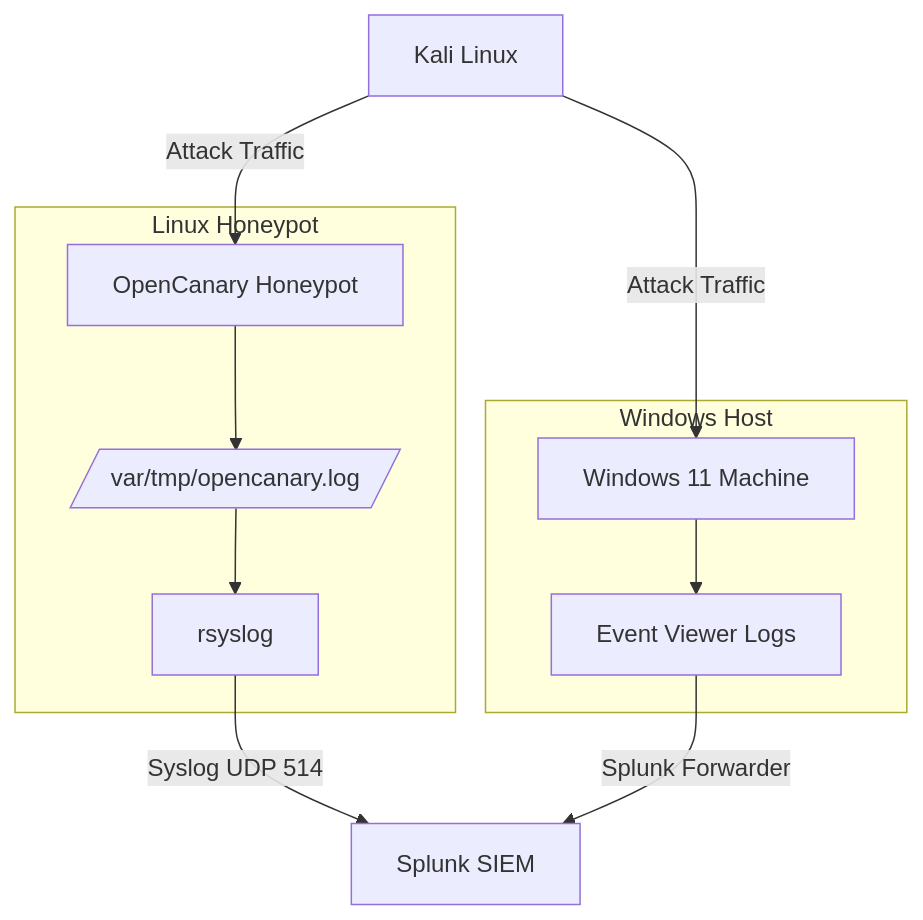
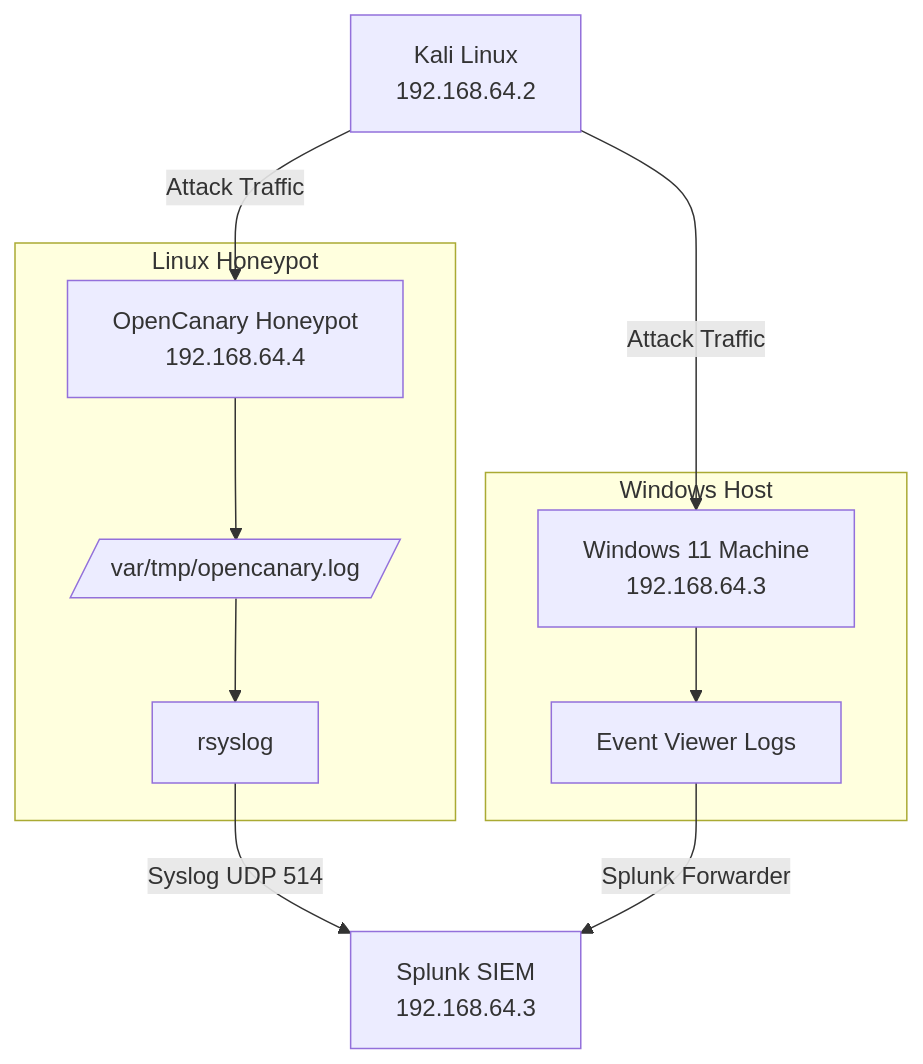
One commit to NotDokkaebi/Detection-Lab changed the diagram in README.md. Above: the diagram before and after it, drawn with Mermaid. The commit also changed other lines of this file, not shown here.

````diff
--- a/README.md
+++ b/README.md
@@ -30,19 +30,19 @@
 ```mermaid
 flowchart TD
 
-A[Kali Linux] -->|Attack Traffic| B[OpenCanary Honeypot]
-A -->|Attack Traffic| F[Windows 11 Machine]
+A[Kali Linux\n192.168.64.2] -->|Attack Traffic| B[OpenCanary Honeypot\n192.168.64.4]
+A -->|Attack Traffic| F[Windows 11 Machine\n192.168.64.3]
 
 subgraph Linux Honeypot
 B --> C[/var/tmp/opencanary.log/]
 C --> D[rsyslog]
 end
 
-D -->|Syslog UDP 514| E[Splunk SIEM]
+D -->|Syslog UDP 514| E[Splunk SIEM\n192.168.64.3]
 
 subgraph Windows Host
 F --> G[Event Viewer Logs]
 end
 
 G -->|Splunk Forwarder| E
 ```
````
